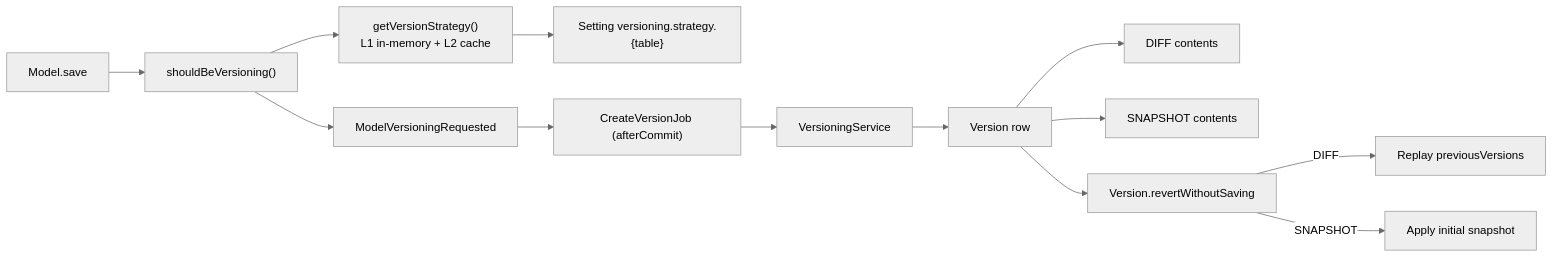
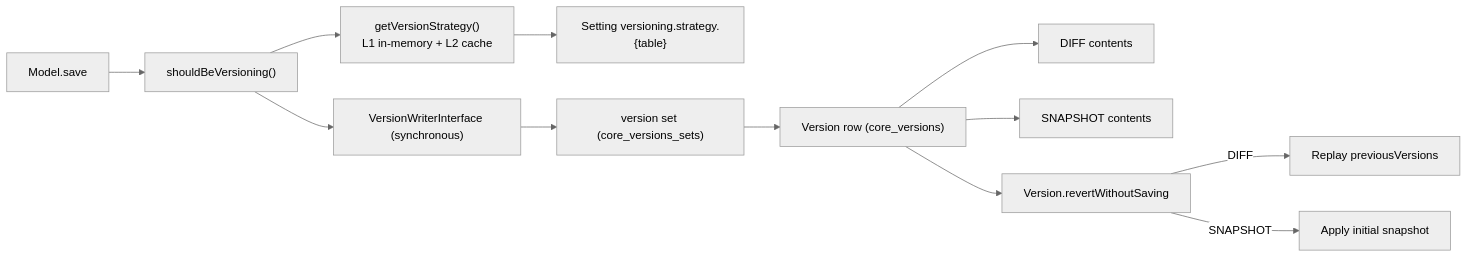
Before and after one commit to swolley/laraplate-core: the fifth of 14 diagrams in docs/rag/MODULE.md, drawn with Mermaid (neutral theme). The commit also changed other lines of this file and 5 other files, not shown here.

First line of the commit message:
docs(core): document the absorbed versioning (D14, D15, D19, D20)

````diff
--- a/docs/rag/MODULE.md
+++ b/docs/rag/MODULE.md
@@ -232,26 +232,25 @@
 ```mermaid
 flowchart LR
   Save[Model.save]
   Should["shouldBeVersioning()"]
   Strat["getVersionStrategy()<br/>L1 in-memory + L2 cache"]
   Setting["Setting versioning.strategy.{table}"]
-  Event[ModelVersioningRequested]
-  Job["CreateVersionJob (afterCommit)"]
-  Svc[VersioningService]
-  Vers[Version row]
+  Writer["VersionWriterInterface (synchronous)"]
+  Set["version set (core_versions_sets)"]
+  Vers["Version row (core_versions)"]
   DIFF[DIFF contents]
   SNAP[SNAPSHOT contents]
   Revert["Version.revertWithoutSaving"]
   Replay[Replay previousVersions]
   Apply[Apply initial snapshot]
 
   Save --> Should
   Should --> Strat
   Strat --> Setting
-  Should --> Event --> Job --> Svc --> Vers
+  Should --> Writer --> Set --> Vers
   Vers --> DIFF
   Vers --> SNAP
   Vers --> Revert
   Revert -->|DIFF| Replay
   Revert -->|SNAPSHOT| Apply
 ```
````
